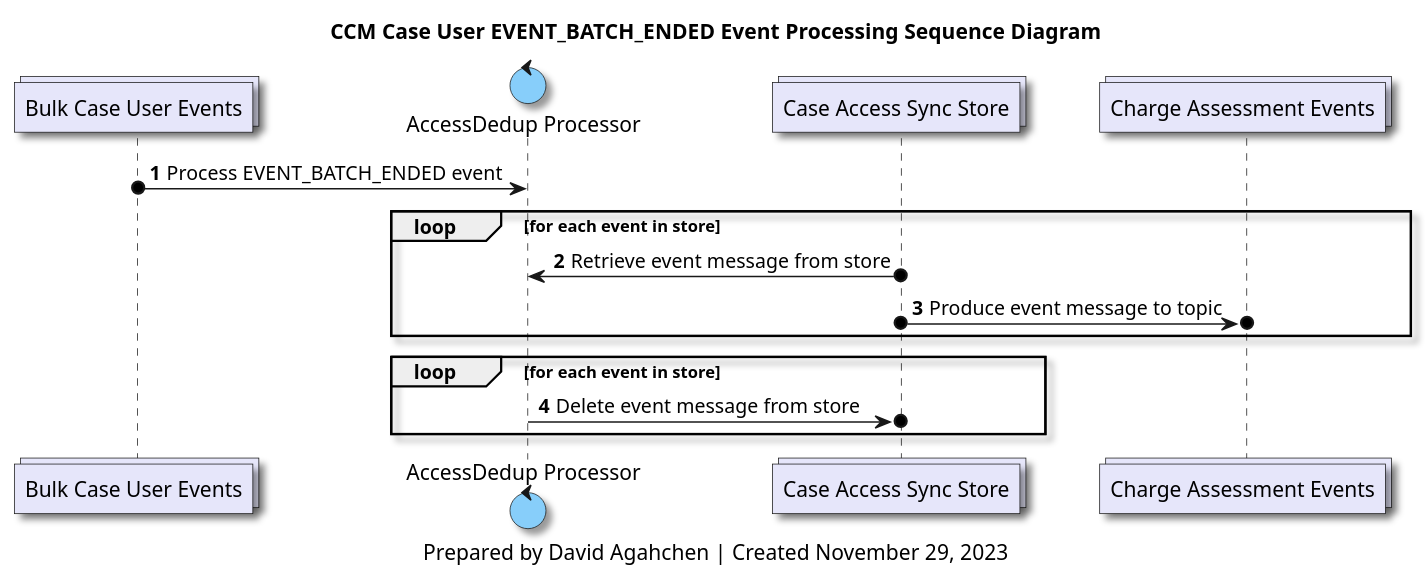
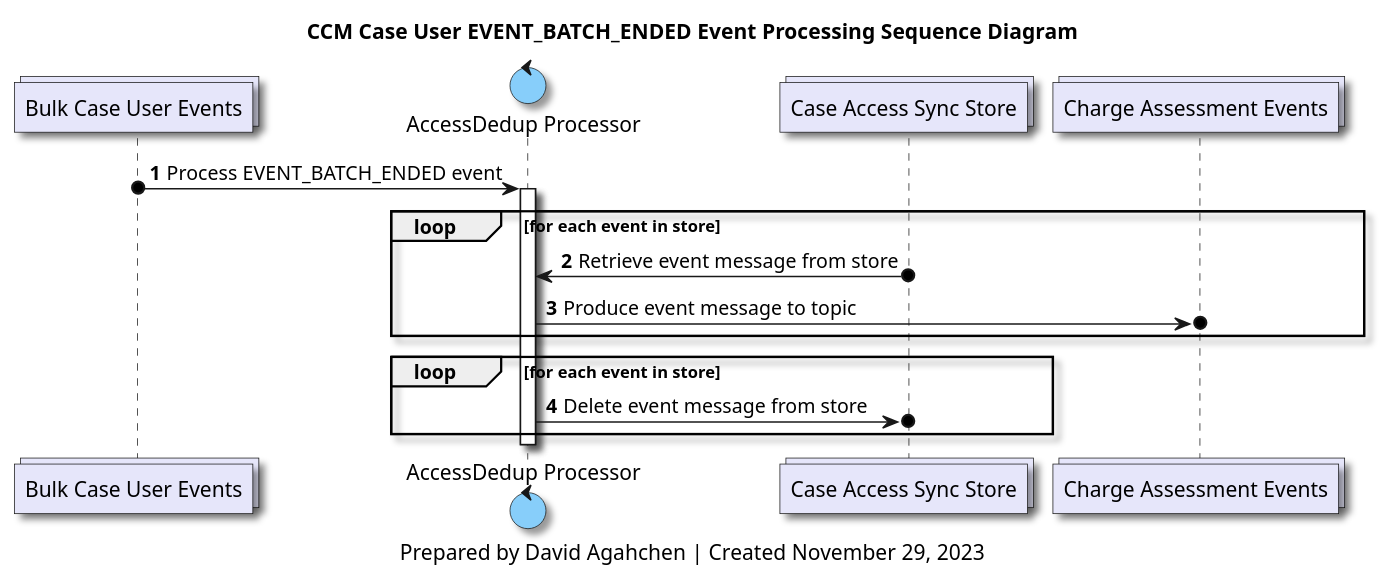
Before and after one commit to bcgov/jpss-jade-ccm: the diagram in diagrams/ccm_case_user_event_batch_ended_processing_sequence_diagram.plantuml, drawn with PlantUML. The commit also changed 1 other file, not shown here.

Commit message:
Fix event processing sequence diagram

```diff
--- a/diagrams/ccm_case_user_event_batch_ended_processing_sequence_diagram.plantuml
+++ b/diagrams/ccm_case_user_event_batch_ended_processing_sequence_diagram.plantuml
@@ -1,39 +1,43 @@
 @startuml
 'hide footbox
 
 skinparam Shadowing true
 skinparam CollectionsBackgroundColor Lavender
 skinparam ControlBackgroundColor LightSkyBlue
 skinparam BoundaryBackgroundColor LightGrey
 
 /' 
 Available colours
 https://plantuml-documentation.readthedocs.io/en/latest/formatting/color-names.html
 '/
 
 collections bulk_case_users_topic as "Bulk Case User Events"
 control accessdedup_processor as "AccessDedup Processor"
 collections case_access_sync_store as "Case Access Sync Store"
 collections charge_assessments_topic as "Charge Assessment Events"
 
 title
 CCM Case User EVENT_BATCH_ENDED Event Processing Sequence Diagram
 end title
 
 autonumber
 
 bulk_case_users_topic o-> accessdedup_processor : Process EVENT_BATCH_ENDED event
 
+activate accessdedup_processor
+
 loop for each event in store
     accessdedup_processor <-o case_access_sync_store : Retrieve event message from store
-    case_access_sync_store o->o charge_assessments_topic : Produce event message to topic
+    accessdedup_processor ->o charge_assessments_topic : Produce event message to topic
 end loop
 
 loop for each event in store
     accessdedup_processor ->o case_access_sync_store : Delete event message from store
 end loop
 
+deactivate accessdedup_processor
+
 caption
 Prepared by David Agahchen | Created November 29, 2023
 end caption
 @enduml
```
